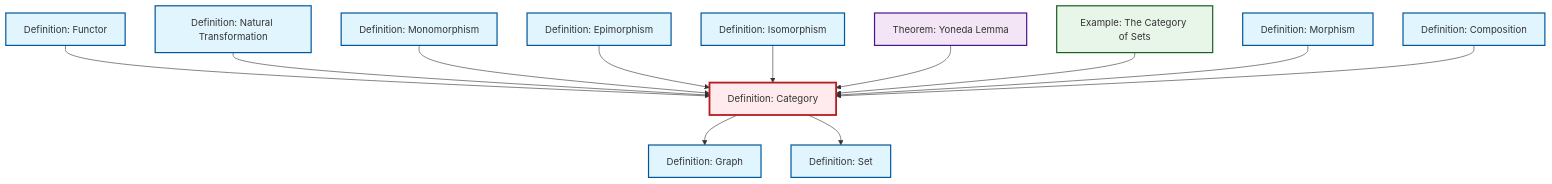
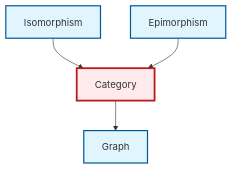
One commit to RK0429/ModernMath changed the diagram in content/en/category-theory/def-category.qmd. Above: the diagram before and after it, drawn with Mermaid. The commit also changed 328 other files, not shown here.

````diff
--- a/content/en/category-theory/def-category.qmd
+++ b/content/en/category-theory/def-category.qmd
@@ -47,44 +47,20 @@
 ```{mermaid}
 %%| fig-cap: "Local dependency graph"
 graph TD
     classDef definition fill:#e1f5fe,stroke:#01579b,stroke-width:2px
     classDef theorem fill:#f3e5f5,stroke:#4a148c,stroke-width:2px
     classDef axiom fill:#fff3e0,stroke:#e65100,stroke-width:2px
     classDef example fill:#e8f5e9,stroke:#1b5e20,stroke-width:2px
     classDef current fill:#ffebee,stroke:#b71c1c,stroke-width:3px
-    def-set["Definition: Set"]:::definition
-    ex-set-category["Example: The Category of Sets"]:::example
-    def-natural-transformation["Definition: Natural Transformation"]:::definition
-    def-morphism["Definition: Morphism"]:::definition
-    def-isomorphism["Definition: Isomorphism"]:::definition
-    thm-yoneda["Theorem: Yoneda Lemma"]:::theorem
-    def-epimorphism["Definition: Epimorphism"]:::definition
-    def-composition["Definition: Composition"]:::definition
-    def-category["Definition: Category"]:::definition
-    def-functor["Definition: Functor"]:::definition
-    def-monomorphism["Definition: Monomorphism"]:::definition
-    def-graph["Definition: Graph"]:::definition
-    def-functor --> def-category
-    def-natural-transformation --> def-category
-    def-monomorphism --> def-category
+    def-epimorphism["Epimorphism"]:::definition
+    def-category["Category"]:::definition
+    def-graph["Graph"]:::definition
+    def-isomorphism["Isomorphism"]:::definition
+    def-isomorphism --> def-category
     def-category --> def-graph
     def-epimorphism --> def-category
-    def-isomorphism --> def-category
-    def-category --> def-set
-    thm-yoneda --> def-category
-    ex-set-category --> def-category
-    def-morphism --> def-category
-    def-composition --> def-category
     class def-category current
-    click def-set "def-set.html" "Go to Set definition"
-    click ex-set-category "ex-set-category.html" "Go to The Category of Sets example"
-    click def-natural-transformation "def-natural-transformation.html" "Go to Natural Transformation definition"
-    click def-morphism "def-morphism.html" "Go to Morphism definition"
-    click def-isomorphism "def-isomorphism.html" "Go to Isomorphism definition"
-    click thm-yoneda "thm-yoneda.html" "Go to Yoneda Lemma theorem"
-    click def-epimorphism "def-epimorphism.html" "Go to Epimorphism definition"
-    click def-composition "def-composition.html" "Go to Composition definition"
-    click def-functor "def-functor.html" "Go to Functor definition"
-    click def-monomorphism "def-monomorphism.html" "Go to Monomorphism definition"
-    click def-graph "def-graph.html" "Go to Graph definition"
+    click def-epimorphism "def-epimorphism.html" "Go to Epimorphism"
+    click def-graph "def-graph.html" "Go to Graph"
+    click def-isomorphism "def-isomorphism.html" "Go to Isomorphism"
 ```
````
